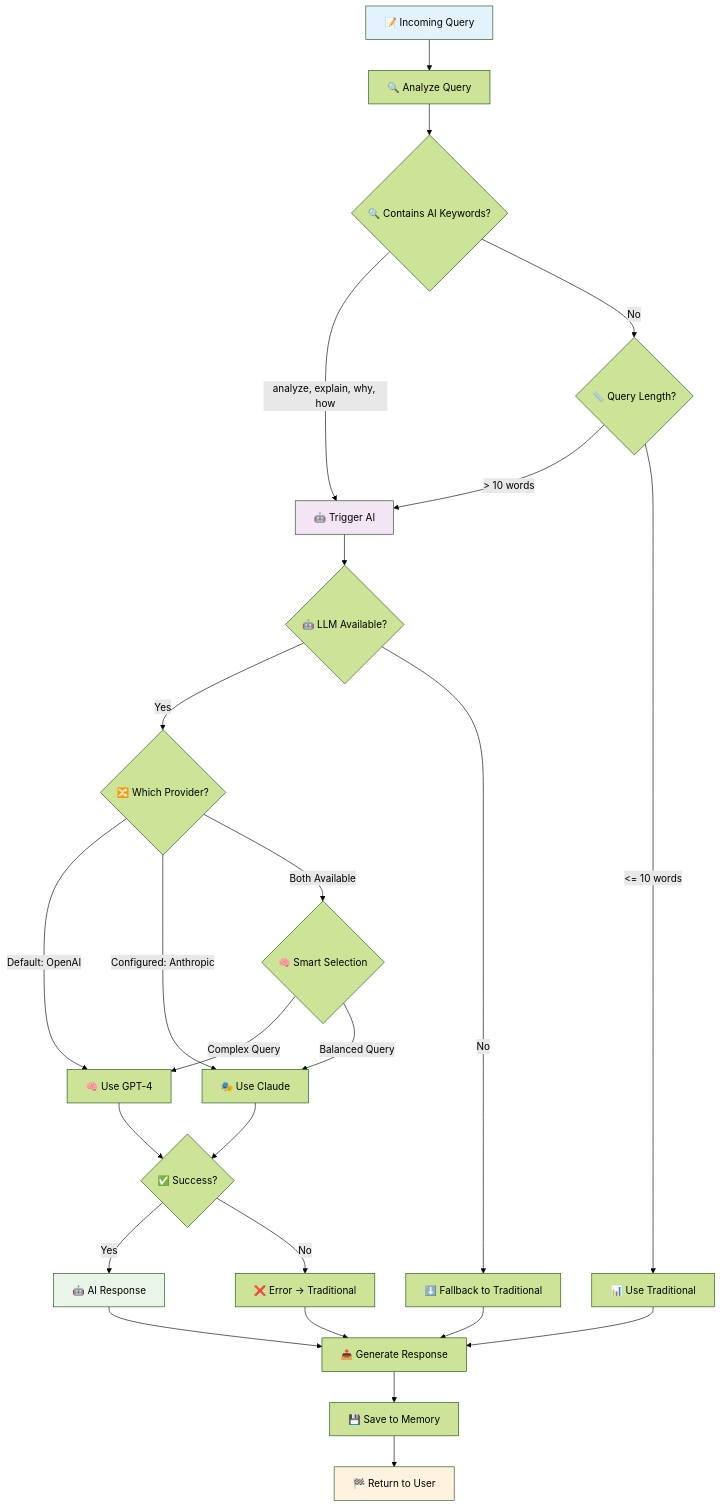
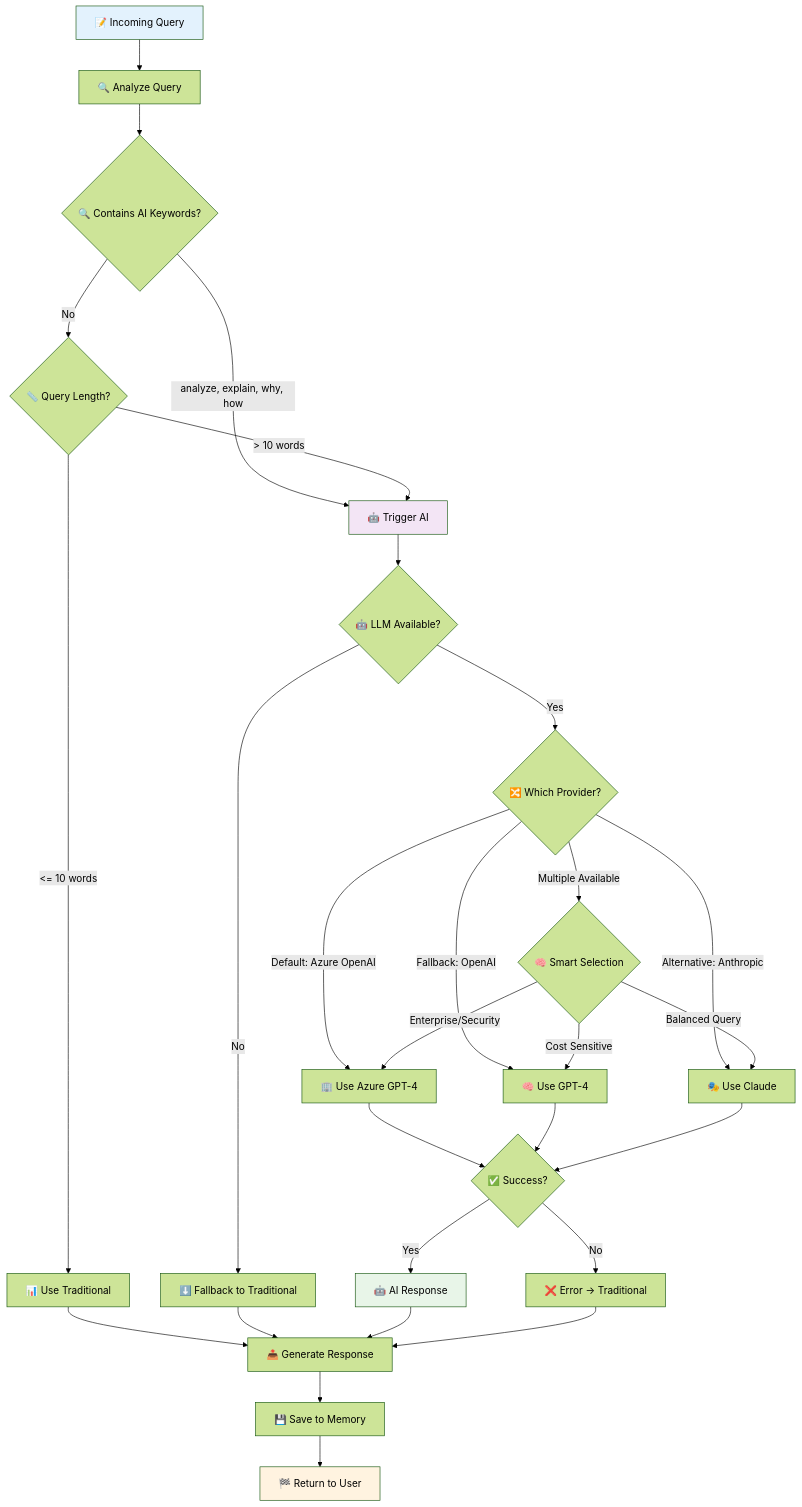
Before and after one commit to WatkinsGreen/chatter: the third of 6 diagrams in docs/system-flowchart.md, drawn with Mermaid (forest theme). The commit also changed other lines of this file and 3 other files, not shown here.

First line of the commit message:
Update architecture diagrams to reflect Azure OpenAI integration

````diff
--- a/docs/system-flowchart.md
+++ b/docs/system-flowchart.md
@@ -99,41 +101,44 @@
 ```mermaid
 flowchart TD
     Query[📝 Incoming Query] --> Analyze[🔍 Analyze Query]
     
     Analyze --> Keywords{🔍 Contains AI Keywords?}
     Keywords -->|analyze, explain, why, how| TriggerAI[🤖 Trigger AI]
     Keywords -->|No| Length{📏 Query Length?}
     
     Length -->|> 10 words| TriggerAI
     Length -->|<= 10 words| Traditional[📊 Use Traditional]
     
     TriggerAI --> Available{🤖 LLM Available?}
     Available -->|Yes| ChooseProvider{🔀 Which Provider?}
     Available -->|No| Fallback[⬇️ Fallback to Traditional]
     
-    ChooseProvider -->|Default: OpenAI| OpenAI[🧠 Use GPT-4]
-    ChooseProvider -->|Configured: Anthropic| Anthropic[🎭 Use Claude]
-    ChooseProvider -->|Both Available| Smart{🧠 Smart Selection}
+    ChooseProvider -->|Default: Azure OpenAI| AzureOpenAI[🏢 Use Azure GPT-4]
+    ChooseProvider -->|Fallback: OpenAI| OpenAI[🧠 Use GPT-4]
+    ChooseProvider -->|Alternative: Anthropic| Anthropic[🎭 Use Claude]
+    ChooseProvider -->|Multiple Available| Smart{🧠 Smart Selection}
     
-    Smart -->|Complex Query| OpenAI
+    Smart -->|Enterprise/Security| AzureOpenAI
+    Smart -->|Cost Sensitive| OpenAI
     Smart -->|Balanced Query| Anthropic
     
-    OpenAI --> Success{✅ Success?}
+    AzureOpenAI --> Success{✅ Success?}
+    OpenAI --> Success
     Anthropic --> Success
     Traditional --> Response[📤 Generate Response]
     Fallback --> Response
     
     Success -->|Yes| AIResponse[🤖 AI Response]
     Success -->|No| ErrorFallback[❌ Error → Traditional]
     
     AIResponse --> Response
     ErrorFallback --> Response
     
     Response --> Memory[💾 Save to Memory]
     Memory --> End[🏁 Return to User]
     
     style Query fill:#e3f2fd
     style TriggerAI fill:#f3e5f5
     style AIResponse fill:#e8f5e8
     style End fill:#fff3e0
 ```
````
